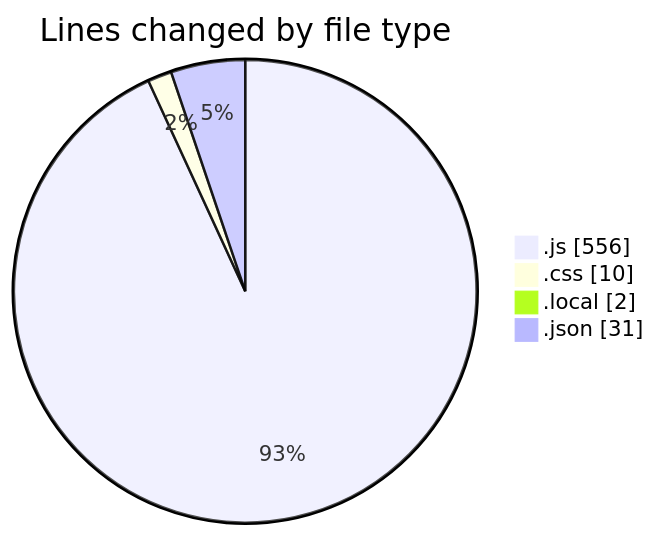
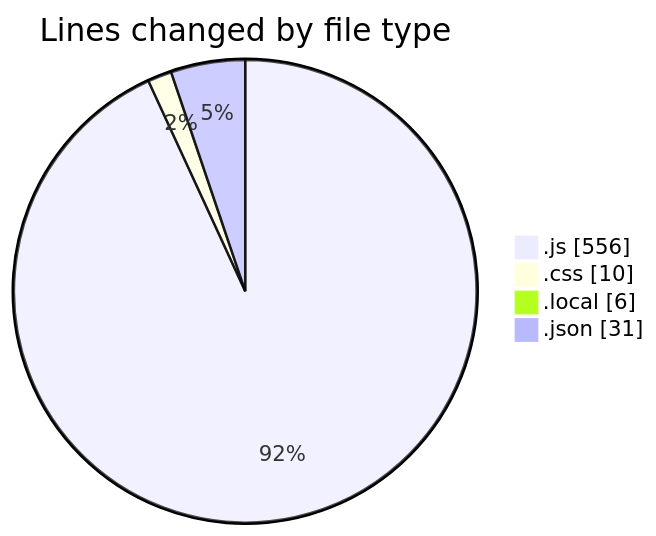
One commit to Ritupan-Deka/code-tracking changed the first of 2 diagrams in 2025-05-04/houserentalservice/README.md. Above: the diagram before and after it, drawn with Mermaid. The commit also changed other lines of this file and 1 other file, not shown here.

````diff
--- a/2025-05-04/houserentalservice/README.md
+++ b/2025-05-04/houserentalservice/README.md
@@ -38,8 +39,8 @@
 ```mermaid
 pie showData
 title Lines changed by file type
 ".js" : 556
 ".css" : 10
-".local" : 2
+".local" : 6
 ".json" : 31
 ```
````
